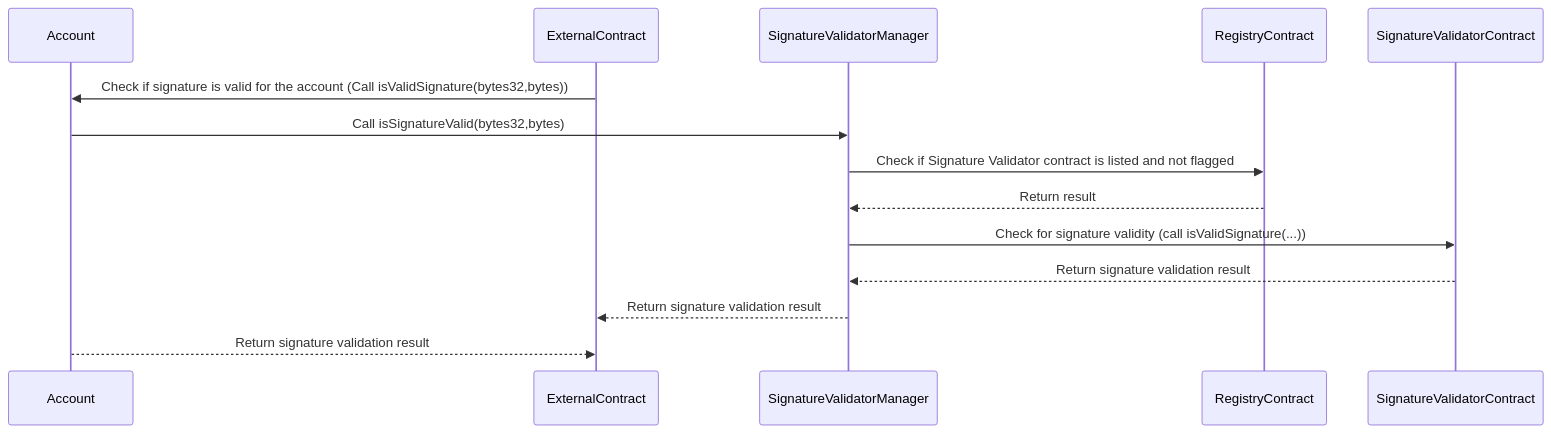
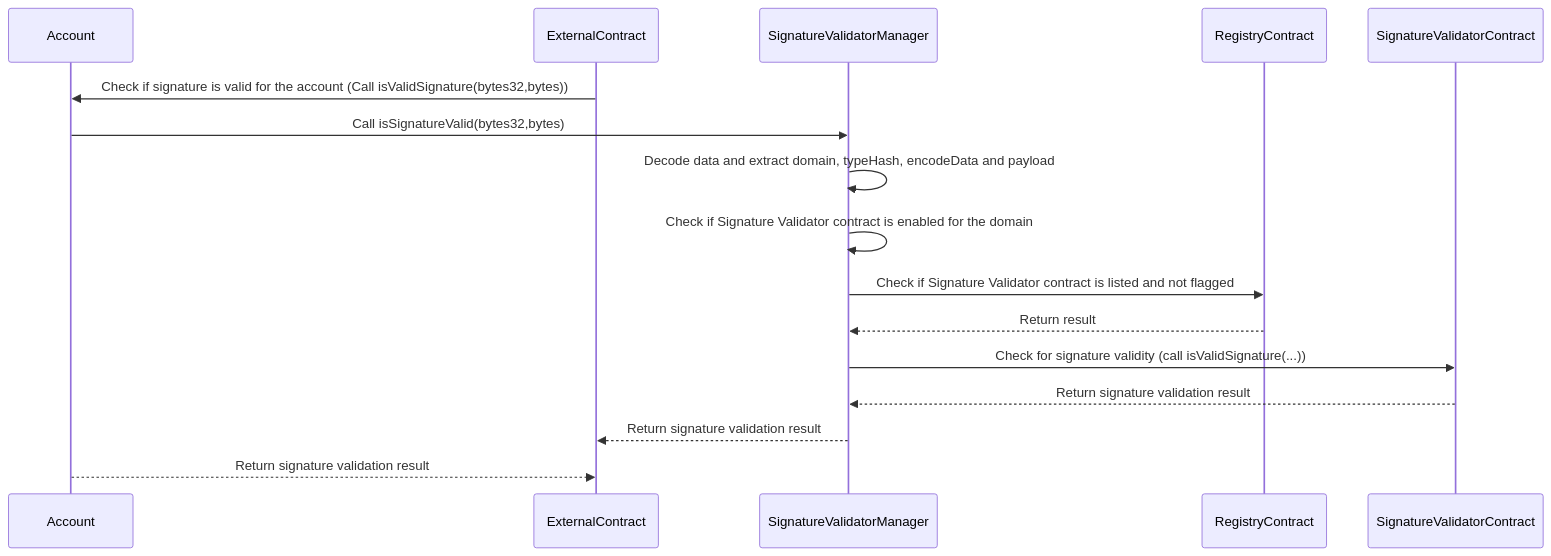
The second of 2 diagrams in modules/README.md (5afe/safe-core-protocol-specs), drawn with Mermaid before and after one commit. The commit also changed other lines of this file, not shown here.

Commit message:
[#43] Update signature validator: Define layout of bytes, add decode signature step in sequence diagram

````diff
--- a/modules/README.md
+++ b/modules/README.md
@@ -201,17 +201,19 @@
 ```mermaid
 sequenceDiagram
 	participant Account
 	participant ExternalContract
 	participant SignatureValidatorManager
 	participant RegistryContract
 	participant SignatureValidatorContract
 
 	ExternalContract->>Account: Check if signature is valid for the account (Call isValidSignature(bytes32,bytes))
     Account->>SignatureValidatorManager: Call isSignatureValid(bytes32,bytes)
+    SignatureValidatorManager->>SignatureValidatorManager: Decode data and extract domain, typeHash, encodeData and payload
+    SignatureValidatorManager->>SignatureValidatorManager: Check if Signature Validator contract is enabled for the domain
 	SignatureValidatorManager->>RegistryContract: Check if Signature Validator contract is listed and not flagged
 	RegistryContract-->>SignatureValidatorManager: Return result
 	SignatureValidatorManager->>SignatureValidatorContract: Check for signature validity (call isValidSignature(...))
 	SignatureValidatorContract-->>SignatureValidatorManager: Return signature validation result
 	SignatureValidatorManager-->>ExternalContract: Return signature validation result
     Account-->>ExternalContract: Return signature validation result
 ```
````
